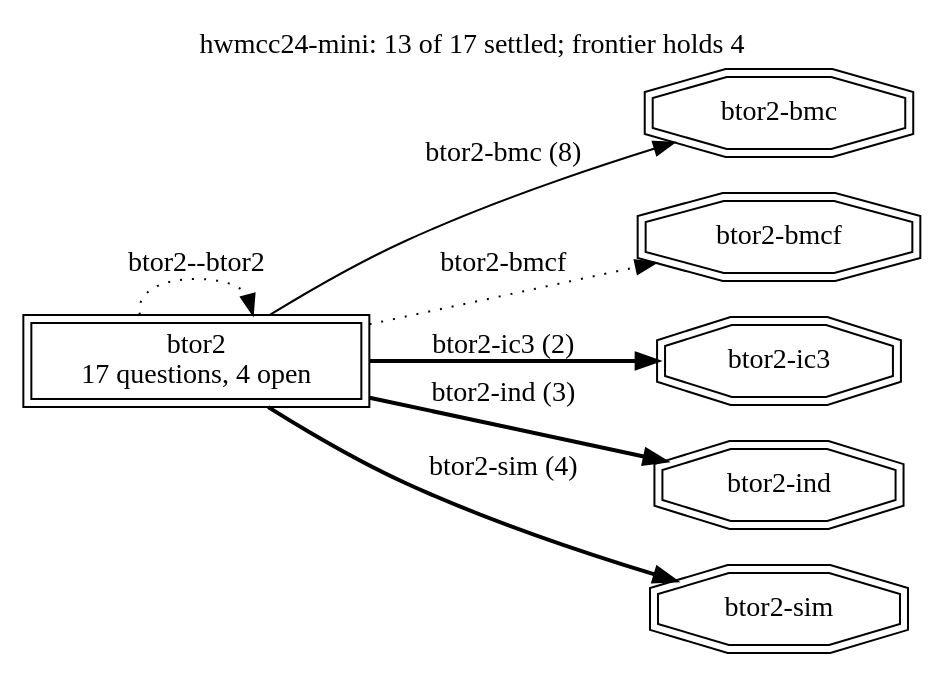
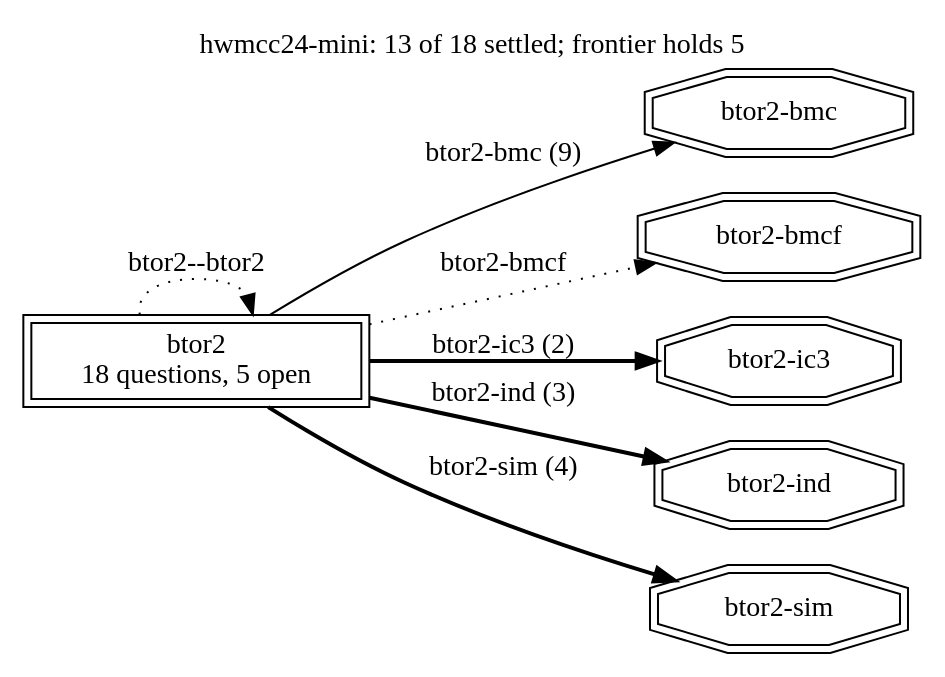
The diagram in runs/hwmcc24-mini/frontier.dot (cksystemsgroup/hurdy-gurdy), drawn with Graphviz before and after one commit. The commit also changed 48 other files, not shown here.

```diff
--- a/runs/hwmcc24-mini/frontier.dot
+++ b/runs/hwmcc24-mini/frontier.dot
@@ -1,17 +1,17 @@
 digraph "hwmcc24-mini" {
   rankdir=LR; labelloc=t;
-  label="hwmcc24-mini: 13 of 17 settled; frontier holds 4";
+  label="hwmcc24-mini: 13 of 18 settled; frontier holds 5";
   node [shape=box];
-  "btor2" [peripheries=2, label="btor2\n17 questions, 4 open"];
+  "btor2" [peripheries=2, label="btor2\n18 questions, 5 open"];
   "btor2" -> "btor2" [style=dotted, label="btor2--btor2"];
   "terminal:btor2-bmc" [shape=doubleoctagon, label="btor2-bmc"];
-  "btor2" -> "terminal:btor2-bmc" [style=solid, label="btor2-bmc (8)"];
+  "btor2" -> "terminal:btor2-bmc" [style=solid, label="btor2-bmc (9)"];
   "terminal:btor2-bmcf" [shape=doubleoctagon, label="btor2-bmcf"];
   "btor2" -> "terminal:btor2-bmcf" [style=dotted, label="btor2-bmcf"];
   "terminal:btor2-ic3" [shape=doubleoctagon, label="btor2-ic3"];
   "btor2" -> "terminal:btor2-ic3" [style=bold, label="btor2-ic3 (2)"];
   "terminal:btor2-ind" [shape=doubleoctagon, label="btor2-ind"];
   "btor2" -> "terminal:btor2-ind" [style=bold, label="btor2-ind (3)"];
   "terminal:btor2-sim" [shape=doubleoctagon, label="btor2-sim"];
   "btor2" -> "terminal:btor2-sim" [style=bold, label="btor2-sim (4)"];
 }
```
